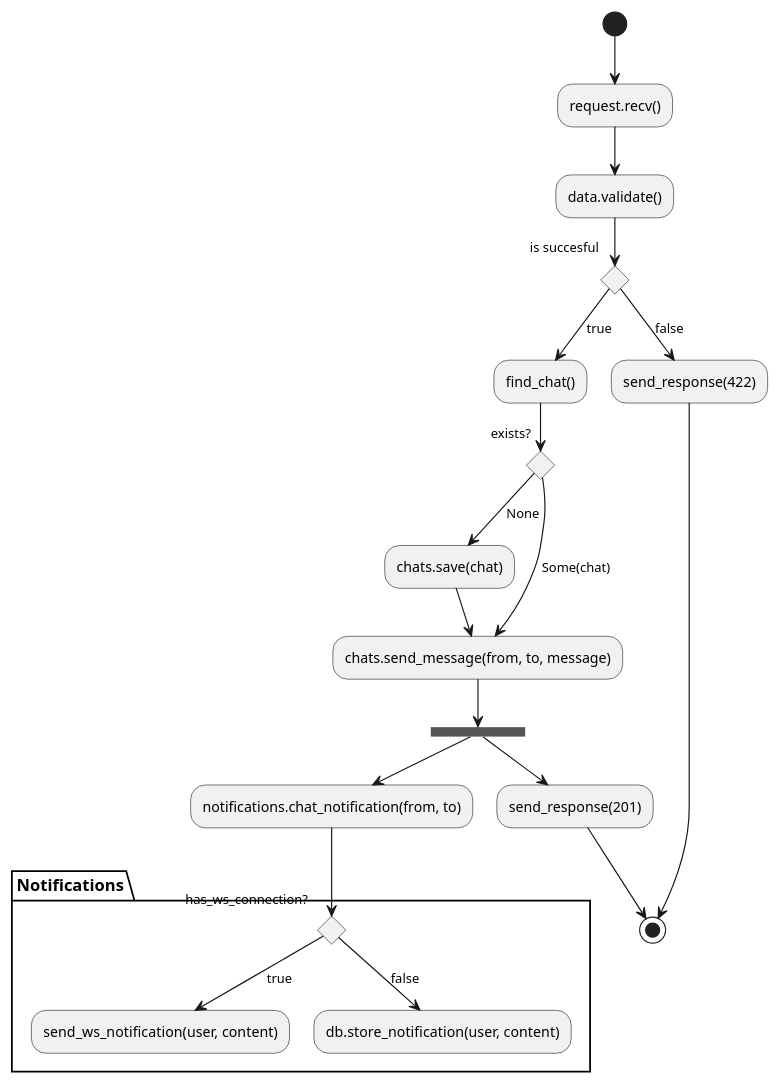
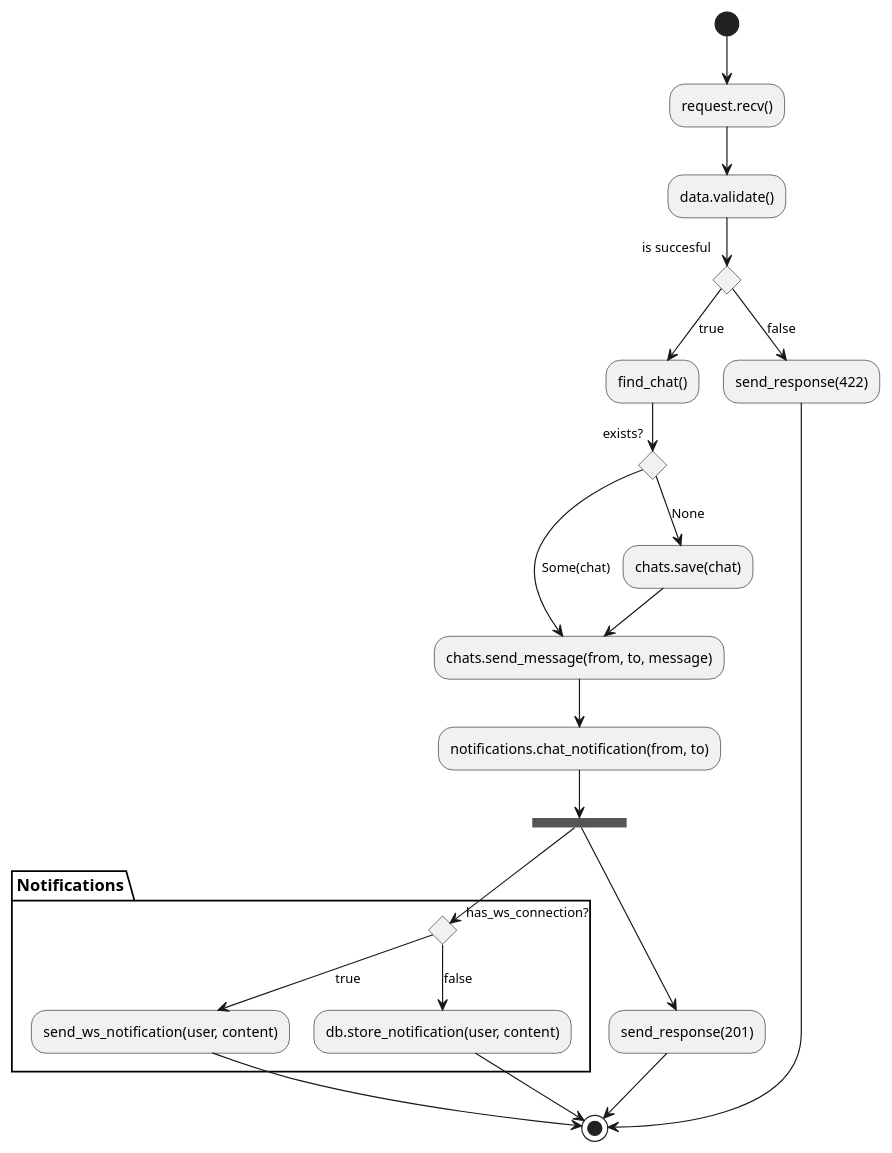
One commit to kluchi/diagrams changed the diagram in precendents/chat/chat_activity.puml. Above: the diagram before and after it, drawn with PlantUML.

Commit message:
add termination point

```diff
--- a/precendents/chat/chat_activity.puml
+++ b/precendents/chat/chat_activity.puml
@@ -1,46 +1,51 @@
 @startuml chat_activity
 
 (*) --> "request.recv()"
 
 "request.recv()" --> "data.validate()"
 
 "data.validate()" --> if "is succesful" then
     --> [true] find_chat()
 else
     --> [false] send_response(422)
 endif
 
 "find_chat()" --> if "exists?" then
 
     --> [Some(chat)] "chats.send_message(from, to, message)"
 
 else
 
     --> [None] "chats.save(chat)"
 
 endif
 
 "chats.save(chat)" --> "chats.send_message(from, to, message)"
 
-"chats.send_message(from, to, message)" --> ===B1===
+"chats.send_message(from, to, message)" --> "notifications.chat_notification(from, to)"
+
+"notifications.chat_notification(from, to)" --> ===B1===
 
 ===B1=== --> "send_response(201)"
 
 "send_response(422)" --> (*)
 "send_response(201)" --> (*)
 
-===B1=== --> "notifications.chat_notification(from, to)"
+
 
 partition Notifications {
-    "notifications.chat_notification(from, to)" --> if "has_ws_connection?" then
+    ===B1=== -->  if "has_ws_connection?" then
 
     --> [true] "send_ws_notification(user, content)"
     else
 
     --> [false] "db.store_notification(user, content)"
 
     endif
 
+    "send_ws_notification(user, content)" --> (*)
+    "db.store_notification(user, content)" --> (*)
+
 }
 
 @enduml
```
